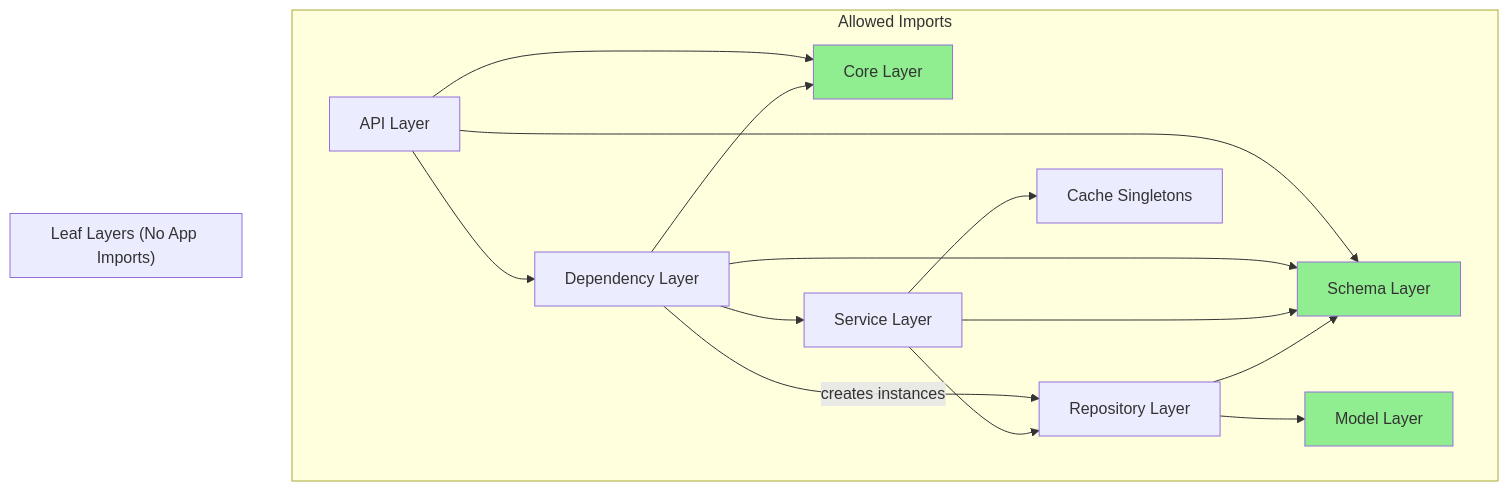
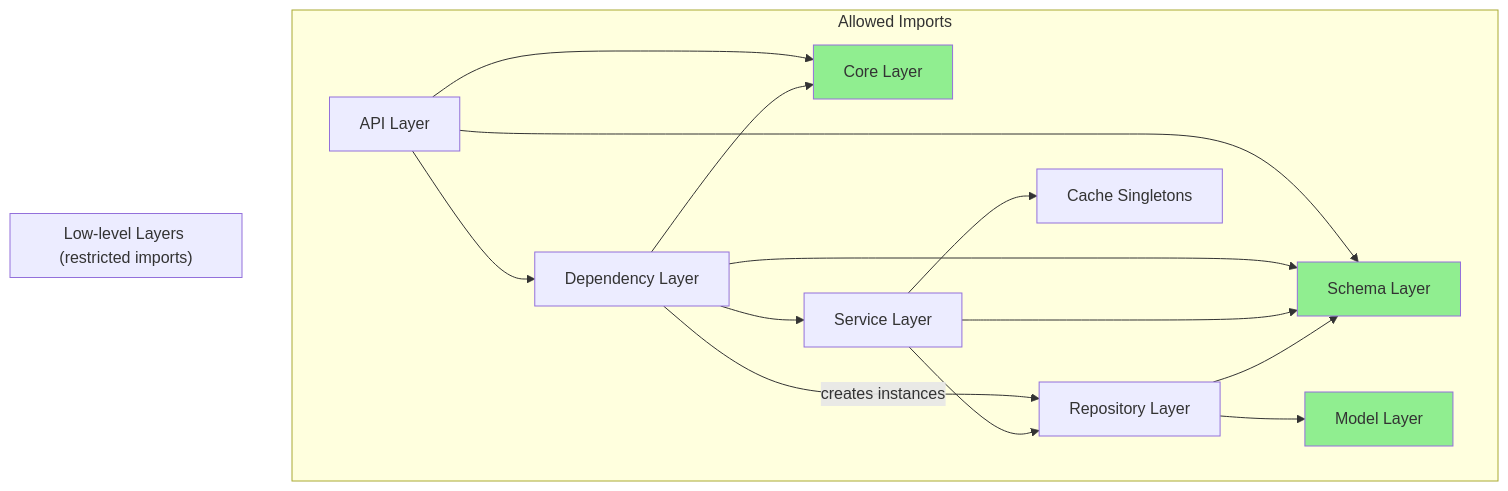
The fourth of 8 diagrams in docs/backend-architecture.md (eslam5464/Fastapi-Template), drawn with Mermaid before and after one commit. The commit also changed other lines of this file and 1 other file, not shown here.

Commit message:
Update environment configuration and enhance backend architecture documentation: Add security key generation instructions and normative rules for layered architecture.

````diff
--- a/docs/backend-architecture.md
+++ b/docs/backend-architecture.md
@@ -1490,27 +1498,27 @@
 ```mermaid
 flowchart TD
     subgraph "Allowed Imports"
         API[API Layer] --> Deps[Dependency Layer]
         API --> Schemas
         API --> Core
         Deps --> Services[Service Layer]
         Deps -->|creates instances| Repos[Repository Layer]
         Deps --> Core
         Deps --> Schemas
         Services --> Repos
         Services --> Schemas
         Services --> Cache[Cache Singletons]
         Repos --> Models[Model Layer]
         Repos --> Schemas
     end
 
-    subgraph "Leaf Layers (No App Imports)"
+    subgraph "Low-level Layers (restricted imports)"
         Core[Core Layer]
         Schemas[Schema Layer]
         Models
     end
 
     style Core fill:#90EE90
     style Schemas fill:#90EE90
     style Models fill:#90EE90
 ```
````
